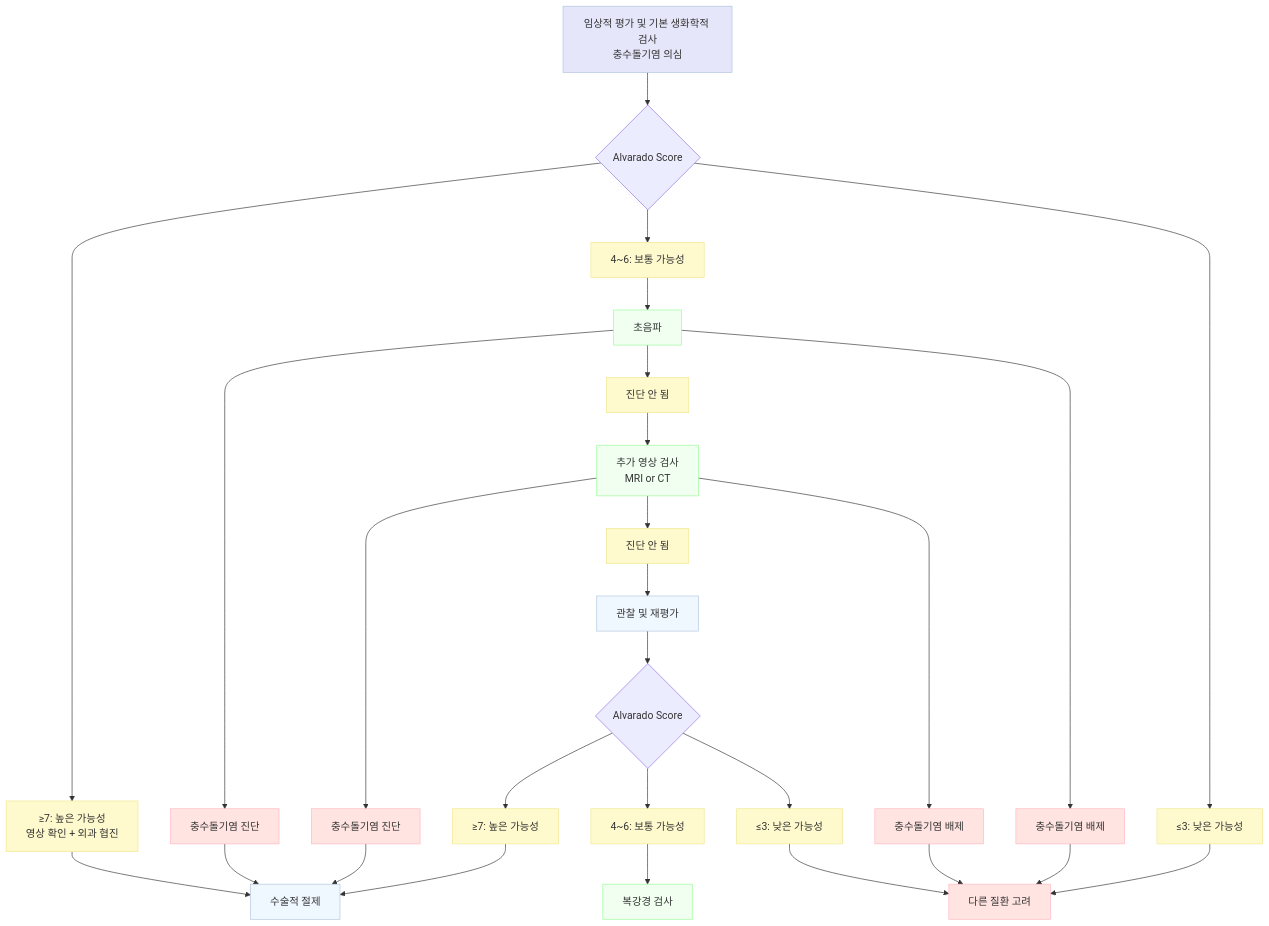
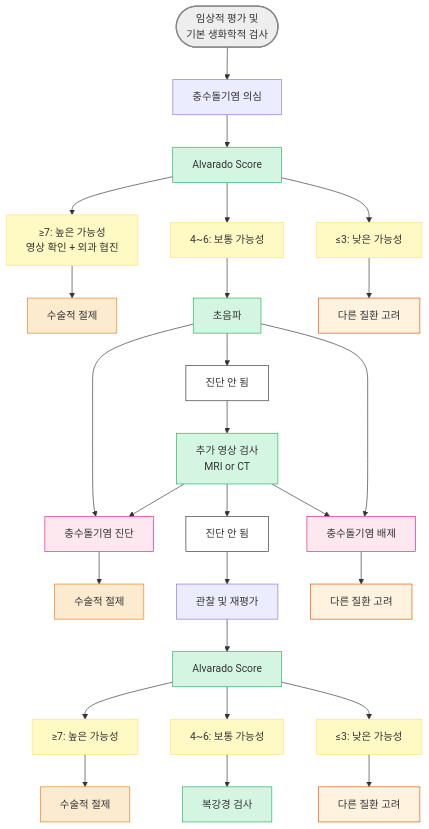
The diagram in 224_/088_-acute-appendicitis.md (familyoh77/familyoh77), drawn with Mermaid before and after one commit. The commit also changed other lines of this file, not shown here.

Commit message:
GITBOOK-985: No subject

````diff
--- a/224_/088_-acute-appendicitis.md
+++ b/224_/088_-acute-appendicitis.md
@@ -125,99 +123,58 @@
 ```mermaid
 graph TD
-    %% 메인 흐름
-    Start["임상적 평가 및 기본 생화학적 검사<br/>충수돌기염 의심"]
-    Alvarado1{"Alvarado Score"}
-    
-    Start --> Alvarado1
 
-    %% Alvarado Score 1차 분류
-    High1["≥7: 높은 가능성<br/>영상 확인 + 외과 협진"]
-    Mid1["4~6: 보통 가능성"]
-    Low1["≤3: 낮은 가능성"]
+A(["임상적 평가 및 <br/>기본 생화학적 검사"])
+A1["충수돌기염 의심"]
+B["Alvarado Score"]
+C0["≥7: 높은 가능성<br/>영상 확인 + 외과 협진"]
+C1["4~6: 보통 가능성"]
+C2["≤3: 낮은 가능성"]
+D["초음파"]
+D1["충수돌기염 진단"]
+D2["충수돌기염 배제"]
+E["진단 안 됨"]
+F["추가 영상 검사<br/>MRI or CT"]
+G["진단 안 됨"]
+H["관찰 및 재평가"]
+I["Alvarado Score"]
+J0["≥7: 높은 가능성"]
+J1["4~6: 보통 가능성"]
+J2["≤3: 낮은 가능성"]
+K["복강경 검사"]
+L0["수술적 절제"]
+L1["수술적 절제"]
+L2["수술적 절제"]
+M0["다른 질환 고려"]
+M1["다른 질환 고려"]
+M2["다른 질환 고려"]
 
-    Alvarado1 --> High1
-    Alvarado1 --> Mid1
-    Alvarado1 --> Low1
+A --> A1 --> B 
+B --> C0 --> L1
+B --> C1 --> D 
+B --> C2 --> M1
+D --> D1 
+F --> D1
+D1 --> L0
+D --> E --> F --> G --> H --> I
+D --> D2 
+F --> D2
+D2 --> M0
+I --> J0 --> L2
+I --> J1 --> K
+I --> J2 --> M2
 
-    %% 초음파 단계
-    US["초음파"]
-    Mid1 --> US
+style A fill:#eeeeee,stroke:#888888,stroke-width:2px
+classDef orange fill:#fdebd0,stroke:#e67e22
+class L0,L1,L2 orange
+classDef orange50 fill:#fff3e0,stroke:#e65100
+class M0,M1,M2 orange50
+classDef pink fill:#fde8f0,stroke:#e91e8c
+class D1,D2 pink
+classDef green fill:#d5f5e3,stroke:#27ae60
+class B,I,K,D,F green
+classDef yellow fill:#fff9c4,stroke:#ffe082
+class C0,C1,C2,J0,J1,J2 yellow
+classDef white fill:#fff,stroke:#333
+class E,G white
 
-    US_Dx["충수돌기염 진단"]
-    US_Incon["진단 안 됨"]
-    US_Ex["충수돌기염 배제"]
-
-    US --> US_Dx
-    US --> US_Incon
-    US --> US_Ex
-
-    %% 추가 영상 검사 단계
-    AddImg["추가 영상 검사<br/>MRI or CT"]
-    US_Incon --> AddImg
-
-    Img_Dx["충수돌기염 진단"]
-    Img_Incon["진단 안 됨"]
-    Img_Ex["충수돌기염 배제"]
-
-    AddImg --> Img_Dx
-    AddImg --> Img_Incon
-    AddImg --> Img_Ex
-
-    %% 관찰 및 재평가 단계
-    Obs["관찰 및 재평가"]
-    Alvarado2{"Alvarado Score"}
-    
-    Img_Incon --> Obs
-    Obs --> Alvarado2
-
-    %% Alvarado Score 2차 분류 및 최종 조치
-    High2["≥7: 높은 가능성"]
-    Mid2["4~6: 보통 가능성"]
-    Low2["≤3: 낮은 가능성"]
-
-    Alvarado2 --> High2
-    Alvarado2 --> Mid2
-    Alvarado2 --> Low2
-
-    Surgery["수술적 절제"]
-    Laparoscopy["복강경 검사"]
-    OtherDx["다른 질환 고려"]
-
-    High2 --> Surgery
-    Mid2 --> Laparoscopy
-    Low2 --> OtherDx
-
-    %% 사이드 라인 연결
-    High1 --> Surgery
-    US_Dx --> Surgery
-    Img_Dx --> Surgery
-
-    Low1 --> OtherDx
-    US_Ex --> OtherDx
-    Img_Ex --> OtherDx
-
-    %% 스타일
-    style Start fill:#E6E6FA,stroke:#B0C4DE,stroke-width:1px
-
-    style High1 fill:#FFFACD,stroke:#F0E68C,stroke-width:1px
-    style Mid1 fill:#FFFACD,stroke:#F0E68C,stroke-width:1px
-    style Low1 fill:#FFFACD,stroke:#F0E68C,stroke-width:1px
-    style US_Incon fill:#FFFACD,stroke:#F0E68C,stroke-width:1px
-    style Img_Incon fill:#FFFACD,stroke:#F0E68C,stroke-width:1px
-    style High2 fill:#FFFACD,stroke:#F0E68C,stroke-width:1px
-    style Mid2 fill:#FFFACD,stroke:#F0E68C,stroke-width:1px
-    style Low2 fill:#FFFACD,stroke:#F0E68C,stroke-width:1px
-
-    style US fill:#F0FFF0,stroke:#98FB98,stroke-width:1px
-    style AddImg fill:#F0FFF0,stroke:#98FB98,stroke-width:1px
-    style Laparoscopy fill:#F0FFF0,stroke:#98FB98,stroke-width:1px
-
-    style US_Dx fill:#FFE4E1,stroke:#FFB6C1,stroke-width:1px
-    style US_Ex fill:#FFE4E1,stroke:#FFB6C1,stroke-width:1px
-    style Img_Dx fill:#FFE4E1,stroke:#FFB6C1,stroke-width:1px
-    style Img_Ex fill:#FFE4E1,stroke:#FFB6C1,stroke-width:1px
-    style OtherDx fill:#FFE4E1,stroke:#FFB6C1,stroke-width:1px
-
-    style Obs fill:#F0F8FF,stroke:#B0C4DE,stroke-width:1px
-    style Surgery fill:#F0F8FF,stroke:#B0C4DE,stroke-width:1px
 ```
````
